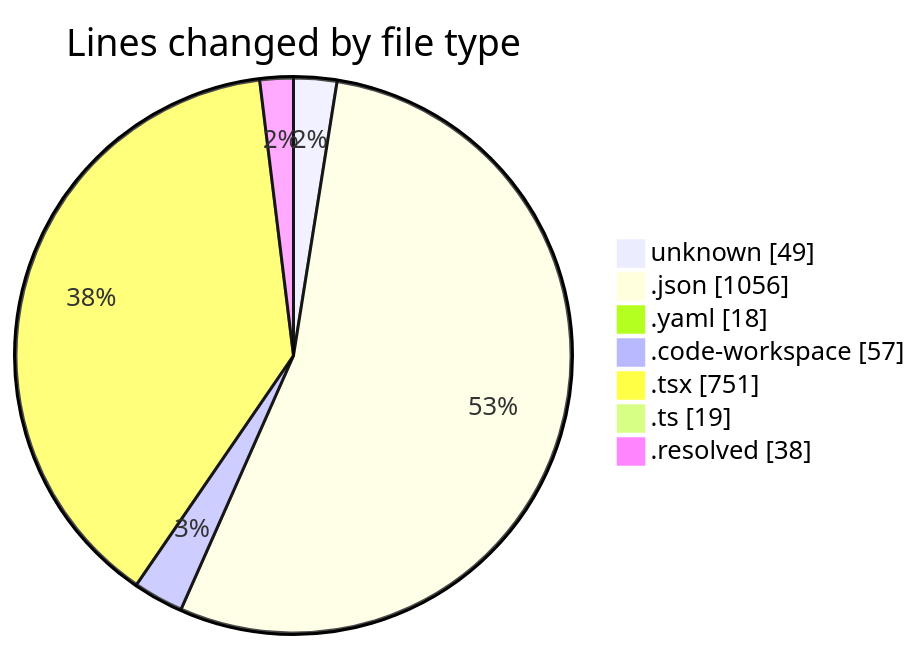
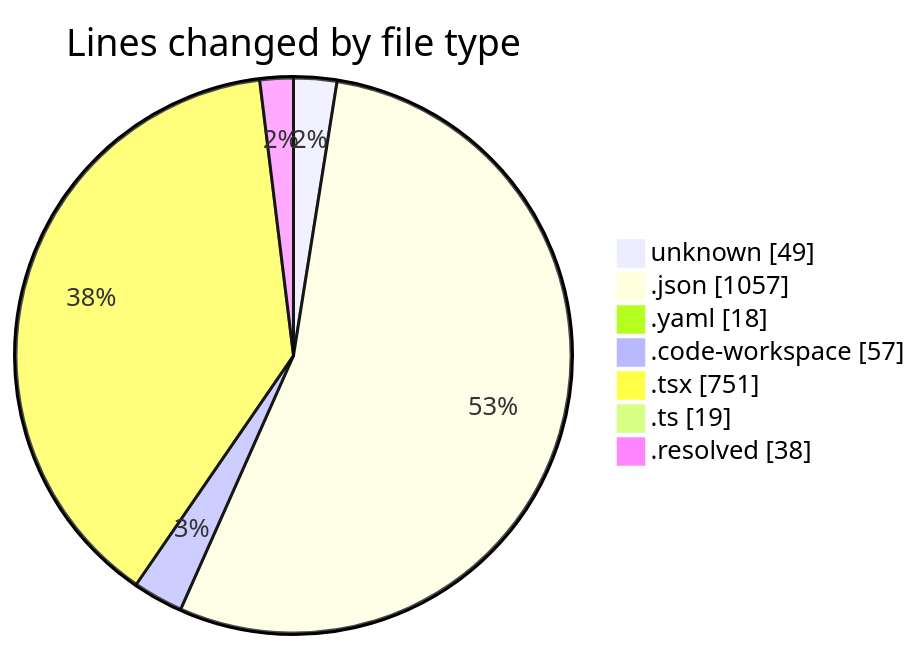
One commit to jadenblack/code-tracking changed the first of 2 diagrams in 2026-03-04/shadcn-admin-kit-main__workspace_/README.md. Above: the diagram before and after it, drawn with Mermaid. The commit also changed other lines of this file and 1 other file, not shown here.

````diff
--- a/2026-03-04/shadcn-admin-kit-main__workspace_/README.md
+++ b/2026-03-04/shadcn-admin-kit-main__workspace_/README.md
@@ -50,11 +50,11 @@
 ```mermaid
 pie showData
 title Lines changed by file type
 "unknown" : 49
-".json" : 1056
+".json" : 1057
 ".yaml" : 18
 ".code-workspace" : 57
 ".tsx" : 751
 ".ts" : 19
 ".resolved" : 38
 ```
````
